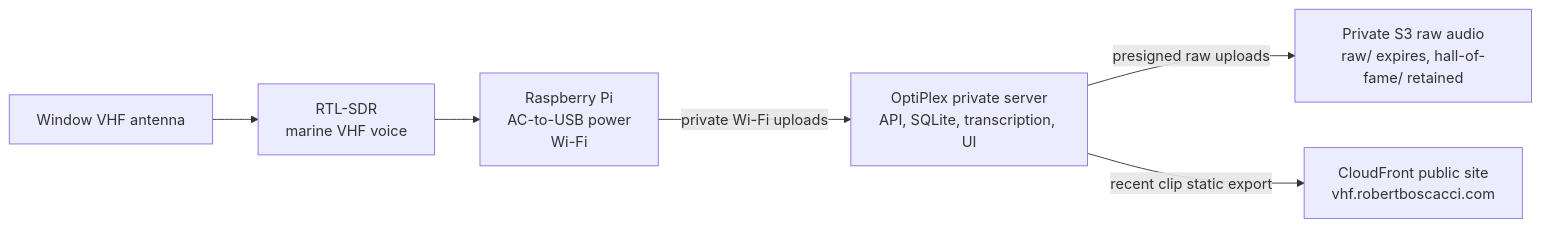
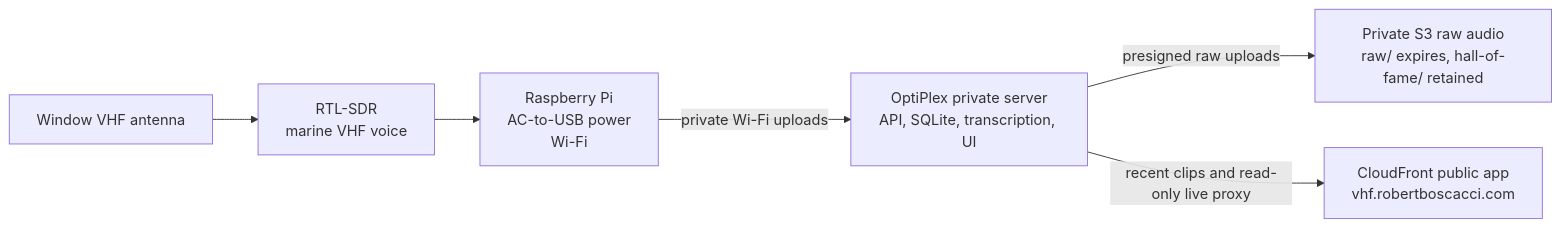
Before and after one commit to boscacci/vhf-seattle: the diagram in docs/hardware-guide.md, drawn with Mermaid. The commit also changed other lines of this file and 44 other files, not shown here.

Commit message:
Ship live VHF monitor and DSP preview

````diff
--- a/docs/hardware-guide.md
+++ b/docs/hardware-guide.md
@@ -7,15 +7,15 @@
 ```mermaid
 flowchart LR
   antenna["Window VHF antenna"]
   voice["RTL-SDR<br/>marine VHF voice"]
   pi["Raspberry Pi<br/>AC-to-USB power<br/>Wi-Fi"]
   optiplex["OptiPlex private server<br/>API, SQLite, transcription, UI"]
   s3raw["Private S3 raw audio<br/>raw/ expires, hall-of-fame/ retained"]
-  public["CloudFront public site<br/>vhf.robertboscacci.com"]
+  public["CloudFront public app<br/>vhf.robertboscacci.com"]
 
   antenna --> voice
   voice --> pi
   pi -->|private Wi-Fi uploads| optiplex
   optiplex -->|presigned raw uploads| s3raw
-  optiplex -->|recent clip static export| public
+  optiplex -->|recent clips and read-only live proxy| public
 ```
````
